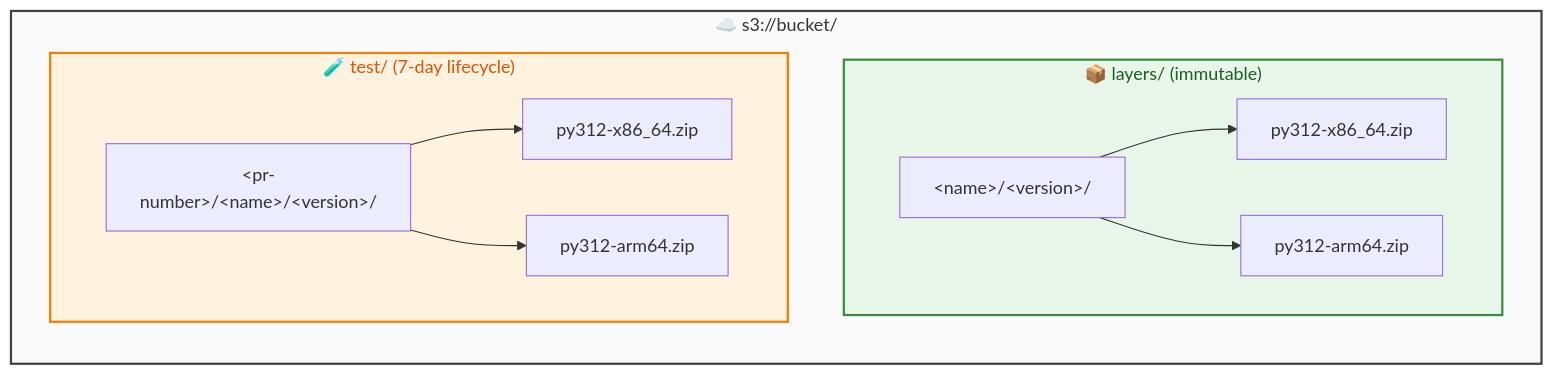
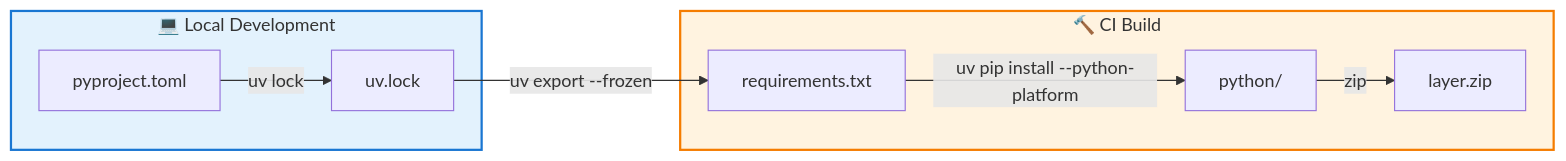
The second of 3 diagrams in README.md (luk-kop/aws-lambda-layers), drawn with Mermaid before and after one commit. The commit also changed other lines of this file and 8 other files, not shown here.

````diff
--- a/README.md
+++ b/README.md
@@ -122,26 +132,15 @@
 ```mermaid
-flowchart TB
-    subgraph S3["☁️ s3://bucket/"]
-        direction TB
-        subgraph Layers["📦 layers/ (immutable)"]
-            direction LR
-            L1["&lt;name&gt;/&lt;version&gt;/"]
-            L2["py312-x86_64.zip"]
-            L3["py312-arm64.zip"]
-            L1 --> L2
-            L1 --> L3
-        end
-        subgraph Test["🧪 test/ (7-day lifecycle)"]
-            direction LR
-            T1["&lt;pr-number&gt;/&lt;name&gt;/&lt;version&gt;/"]
-            T2["py312-x86_64.zip"]
-            T3["py312-arm64.zip"]
-            T1 --> T2
-            T1 --> T3
-        end
+flowchart LR
+    subgraph Local["💻 Local Development"]
+        A[pyproject.toml] -->|"uv lock"| B[uv.lock]
     end
 
-    style S3 fill:#fafafa,stroke:#424242,stroke-width:2px
-    style Layers fill:#e8f5e9,stroke:#388e3c,stroke-width:2px,color:#1b5e20
-    style Test fill:#fff3e0,stroke:#f57c00,stroke-width:2px,color:#e65100
+    subgraph Build["🔨 CI Build"]
+        B -->|"uv export --frozen"| C[requirements.txt]
+        C -->|"uv pip install --python-platform"| D[python/]
+        D -->|"zip"| E[layer.zip]
+    end
+
+    style Local fill:#e3f2fd,stroke:#1976d2,stroke-width:2px
+    style Build fill:#fff3e0,stroke:#f57c00,stroke-width:2px
 ```
````
